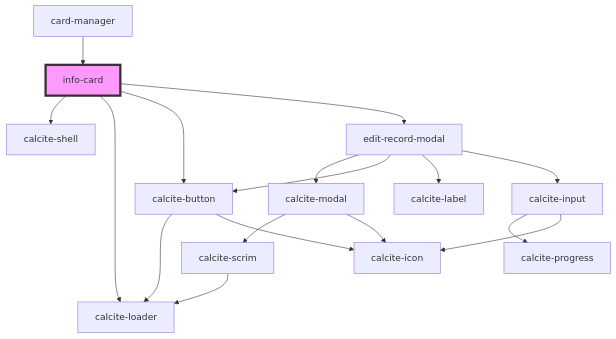
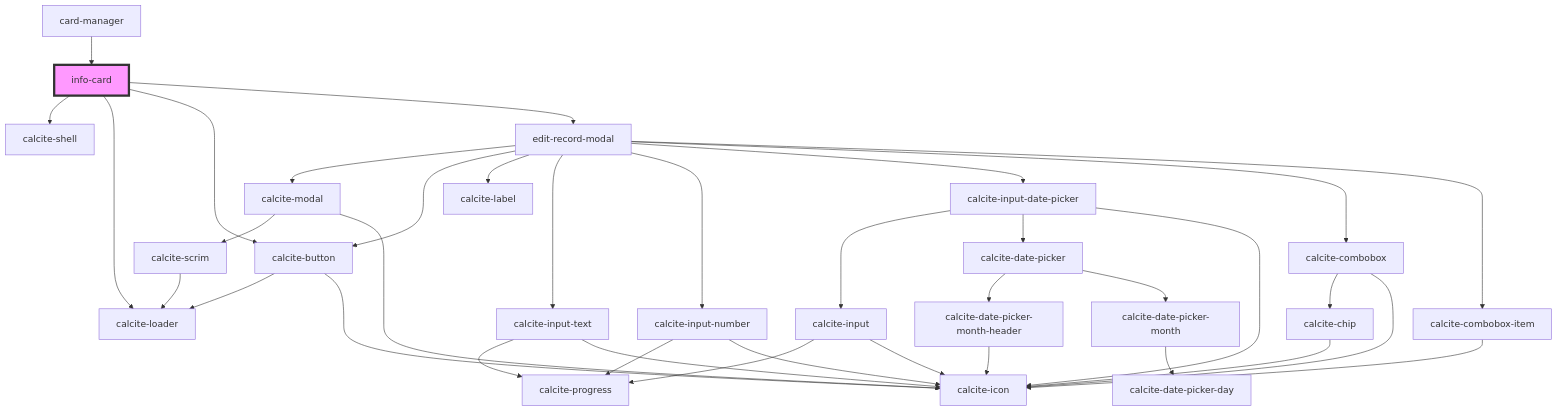
The diagram in src/components/info-card/readme.md (Esri/solutions-components), drawn with Mermaid before and after one commit. The commit also changed 10 other files, not shown here.

````diff
--- a/src/components/info-card/readme.md
+++ b/src/components/info-card/readme.md
@@ -31,20 +31,39 @@
 ```mermaid
 graph TD;
   info-card --> calcite-shell
   info-card --> calcite-loader
   info-card --> calcite-button
   info-card --> edit-record-modal
   calcite-button --> calcite-loader
   calcite-button --> calcite-icon
   edit-record-modal --> calcite-modal
   edit-record-modal --> calcite-button
   edit-record-modal --> calcite-label
-  edit-record-modal --> calcite-input
+  edit-record-modal --> calcite-input-text
+  edit-record-modal --> calcite-input-number
+  edit-record-modal --> calcite-input-date-picker
+  edit-record-modal --> calcite-combobox
+  edit-record-modal --> calcite-combobox-item
   calcite-modal --> calcite-scrim
   calcite-modal --> calcite-icon
   calcite-scrim --> calcite-loader
+  calcite-input-text --> calcite-progress
+  calcite-input-text --> calcite-icon
+  calcite-input-number --> calcite-progress
+  calcite-input-number --> calcite-icon
+  calcite-input-date-picker --> calcite-input
+  calcite-input-date-picker --> calcite-date-picker
+  calcite-input-date-picker --> calcite-icon
   calcite-input --> calcite-progress
   calcite-input --> calcite-icon
+  calcite-date-picker --> calcite-date-picker-month-header
+  calcite-date-picker --> calcite-date-picker-month
+  calcite-date-picker-month-header --> calcite-icon
+  calcite-date-picker-month --> calcite-date-picker-day
+  calcite-combobox --> calcite-chip
+  calcite-combobox --> calcite-icon
+  calcite-chip --> calcite-icon
+  calcite-combobox-item --> calcite-icon
   card-manager --> info-card
   style info-card fill:#f9f,stroke:#333,stroke-width:4px
 ```
````
